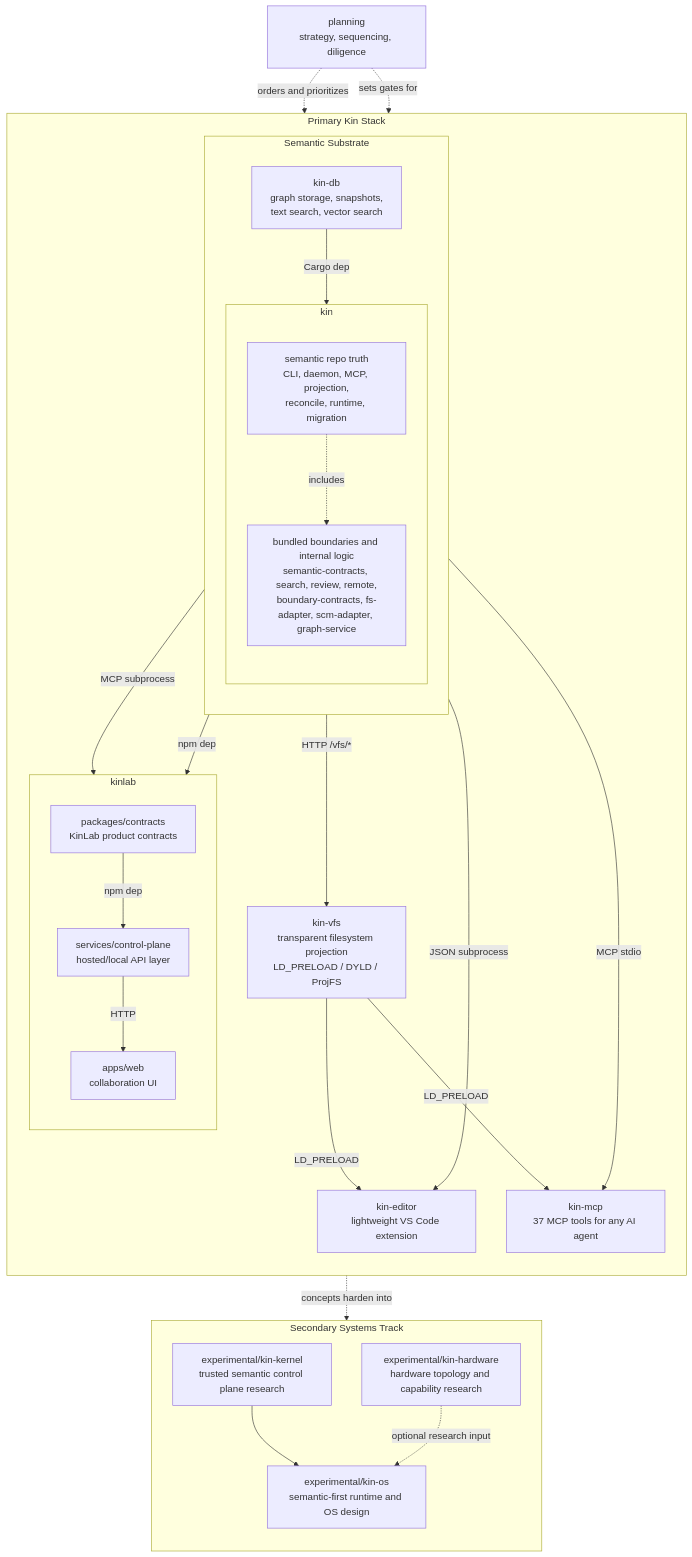
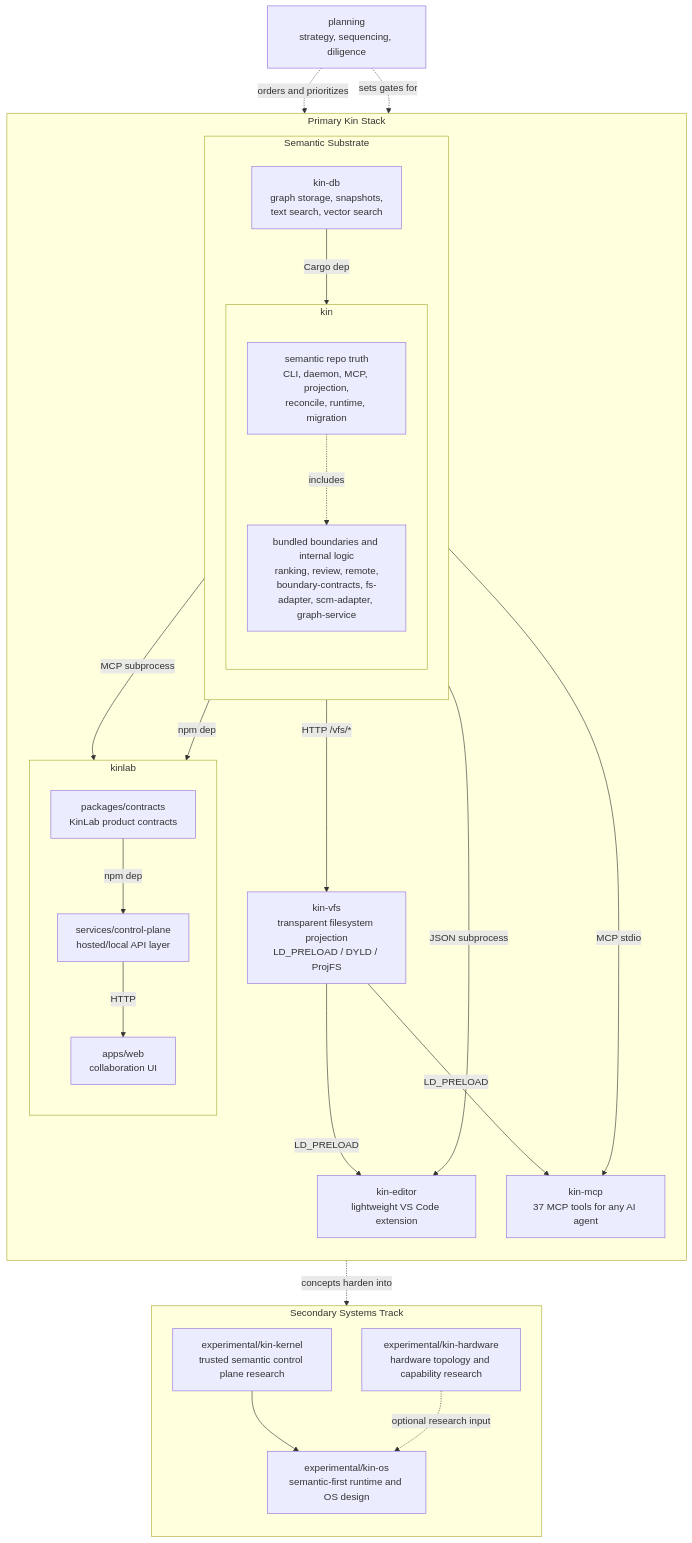
Before and after one commit to firelock-ai/kin: the diagram in docs/ecosystem-source-of-truth.md, drawn with Mermaid. The commit also changed other lines of this file and 35 other files, not shown here.

````diff
--- a/docs/ecosystem-source-of-truth.md
+++ b/docs/ecosystem-source-of-truth.md
@@ -100,55 +100,55 @@
 ```mermaid
 flowchart TB
     KLAB["planning<br/>strategy, sequencing, diligence"]
 
     subgraph PRIMARY["Primary Kin Stack"]
         direction TB
 
         subgraph SUBSTRATE["Semantic Substrate"]
             direction TB
             KDB["kin-db<br/>graph storage, snapshots,<br/>text search, vector search"]
 
             subgraph KIN["kin"]
                 direction TB
                 KINCORE["semantic repo truth<br/>CLI, daemon, MCP, projection,<br/>reconcile, runtime, migration"]
-                KINBUNDLED["bundled boundaries and internal logic<br/>semantic-contracts, search, review, remote,<br/>boundary-contracts, fs-adapter, scm-adapter, graph-service"]
+                KINBUNDLED["bundled boundaries and internal logic<br/>ranking, review, remote,<br/>boundary-contracts, fs-adapter, scm-adapter, graph-service"]
             end
         end
 
         KVFS["kin-vfs<br/>transparent filesystem projection<br/>LD_PRELOAD / DYLD / ProjFS"]
         KEDITOR["kin-editor<br/>lightweight VS Code extension"]
         KMCP["kin-mcp<br/>37 MCP tools for any AI agent"]
         subgraph KHUB["kinlab"]
             direction TB
             KHUBCONTRACTS["packages/contracts<br/>KinLab product contracts"]
             KHUBCP["services/control-plane<br/>hosted/local API layer"]
             KHUBWEB["apps/web<br/>collaboration UI"]
         end
     end
 
     subgraph EXP["Secondary Systems Track"]
         direction TB
         KKERNEL["experimental/kin-kernel<br/>trusted semantic control plane research"]
         KOS["experimental/kin-os<br/>semantic-first runtime and OS design"]
         KHARD["experimental/kin-hardware<br/>hardware topology and capability research"]
     end
 
     KDB -->|"Cargo dep"| KINCORE
     KINCORE -. includes .-> KINBUNDLED
     KINCORE -->|"HTTP /vfs/*"| KVFS
     KINCORE -->|"JSON subprocess"| KEDITOR
     KINCORE -->|"MCP stdio"| KMCP
     KINCORE -->|"MCP subprocess"| KHUBCP
     KVFS -->|"LD_PRELOAD"| KEDITOR
     KVFS -->|"LD_PRELOAD"| KMCP
     KINBUNDLED -->|"npm dep"| KHUBCP
     KHUBCONTRACTS -->|"npm dep"| KHUBCP
     KHUBCP -->|"HTTP"| KHUBWEB
 
     KLAB -. orders and prioritizes .-> KINCORE
     KLAB -. sets gates for .-> KHUBCP
 
     KINCORE -. concepts harden into .-> KKERNEL
     KKERNEL --> KOS
     KHARD -. optional research input .-> KOS
 ```
````
